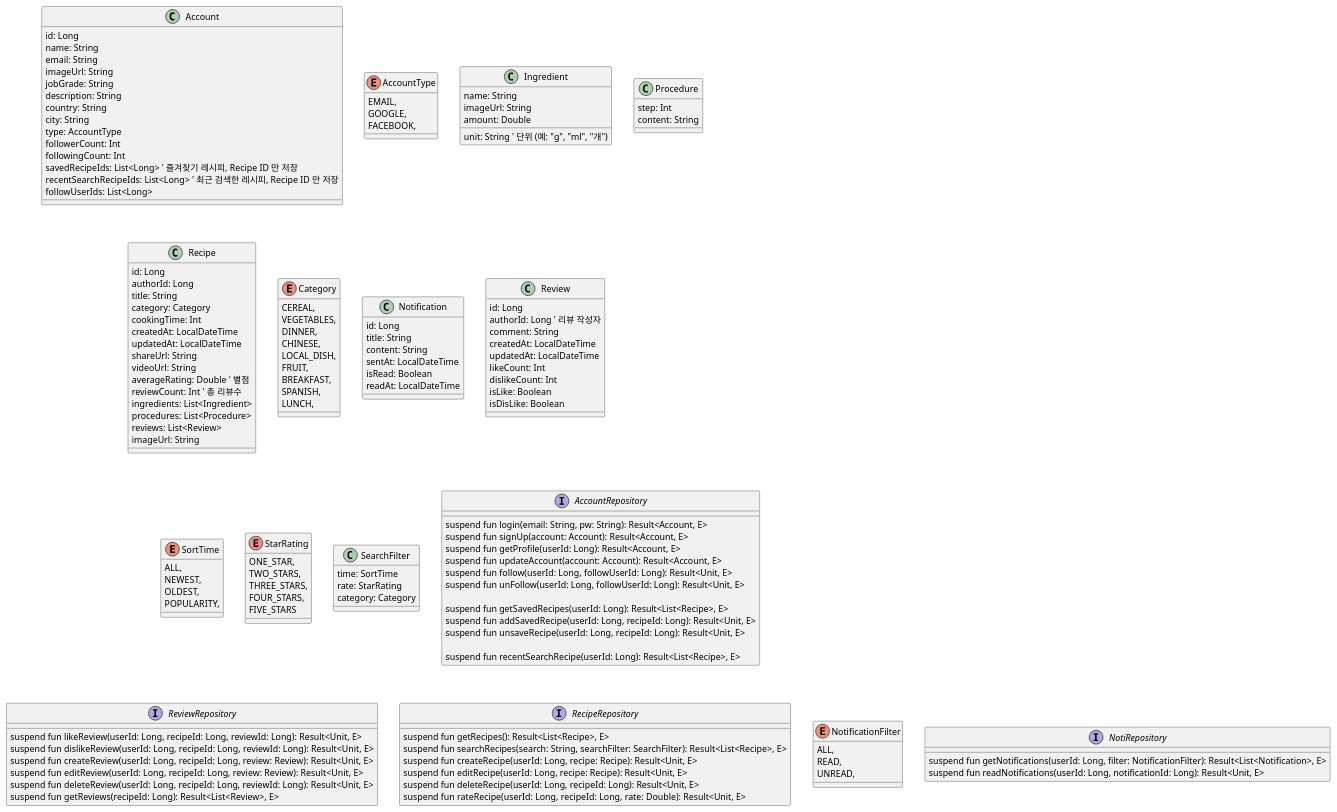
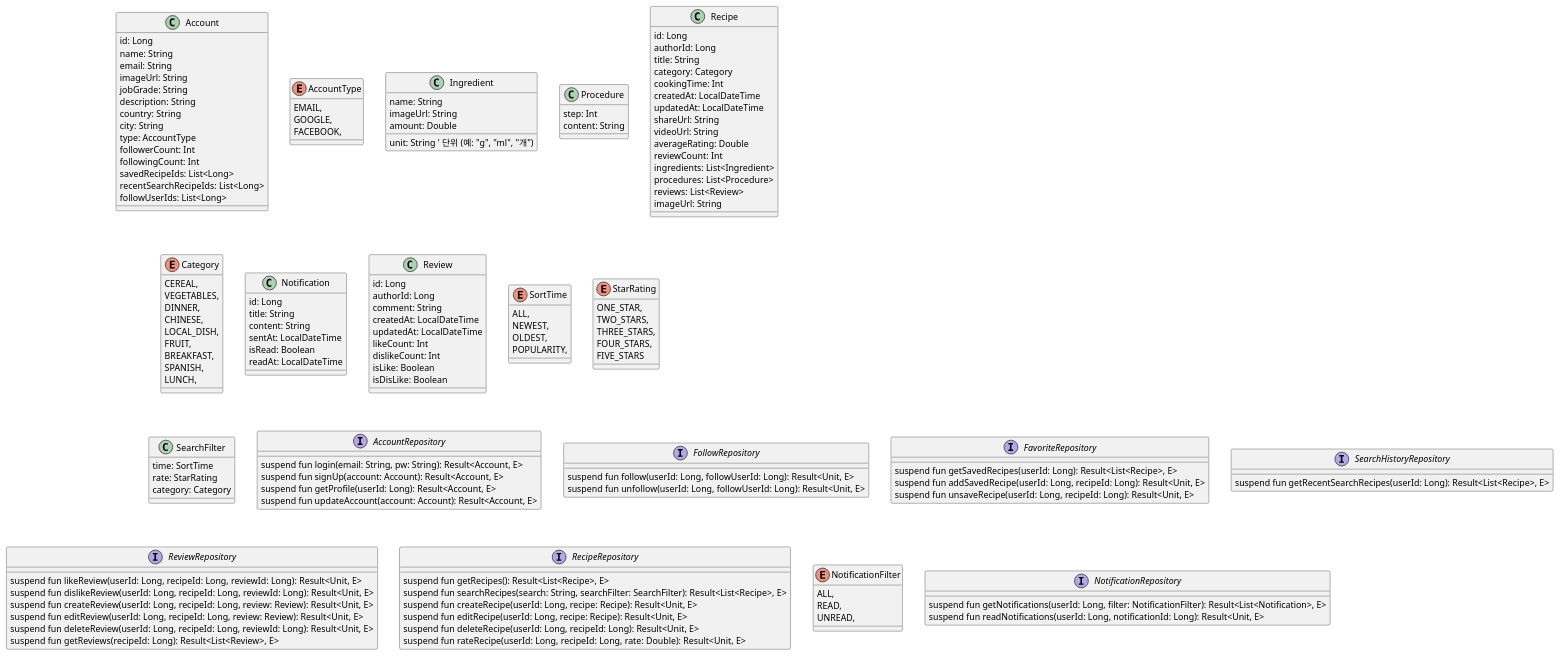
Before and after one commit to SurvivalCodingCampus/gangnam2_kotlin_study: the diagram in src/main/kotlin/com/ezlevup/my/foodrecipe/FoodRecipe1.puml, drawn with PlantUML.

Commit message:
feat: Repository를 기능별로 분리

```diff
--- a/src/main/kotlin/com/ezlevup/my/foodrecipe/FoodRecipe1.puml
+++ b/src/main/kotlin/com/ezlevup/my/foodrecipe/FoodRecipe1.puml
@@ -1,164 +1,183 @@
 @startuml
 ' Food Recipe class-diagram
 
 class Account {
     id: Long
     name: String
     email: String
     imageUrl: String
     jobGrade: String
     description: String
     country: String
     city: String
     type: AccountType
     followerCount: Int
     followingCount: Int
-    savedRecipeIds: List<Long> ' 즐겨찾기 레시피, Recipe ID 만 저장
-    recentSearchRecipeIds: List<Long> ' 최근 검색한 레시피, Recipe ID 만 저장
+    ' 즐겨찾기 레시피, Recipe ID 만 저장
+    savedRecipeIds: List<Long>
+    ' 최근 검색한 레시피, Recipe ID 만 저장
+    recentSearchRecipeIds: List<Long>
     followUserIds: List<Long>
 }
 
 enum AccountType {
     EMAIL,
     GOOGLE,
     FACEBOOK,
 }
 
 ' 재료
 class Ingredient {
     name: String
     imageUrl: String
     amount: Double
     unit: String ' 단위 (예: "g", "ml", "개")
 }
 
 ' 조리 순서
 class Procedure {
     step: Int
     content: String
 }
 
+' 레시피
 class Recipe {
     id: Long
     authorId: Long
     title: String
     category: Category
     cookingTime: Int
     createdAt: LocalDateTime
     updatedAt: LocalDateTime
     shareUrl: String
     videoUrl: String
-    averageRating: Double ' 별점
-    reviewCount: Int ' 총 리뷰수
+    ' 별점
+    averageRating: Double
+    ' 총 리뷰수
+    reviewCount: Int
     ingredients: List<Ingredient>
     procedures: List<Procedure>
     reviews: List<Review>
     imageUrl: String
 }
 
 enum Category {
     CEREAL,
     VEGETABLES,
     DINNER,
     CHINESE,
     LOCAL_DISH,
     FRUIT,
     BREAKFAST,
     SPANISH,
     LUNCH,
 }
 
 
 class Notification {
     id: Long
     title: String
     content: String
     sentAt: LocalDateTime
     isRead: Boolean
     readAt: LocalDateTime
 }
 
 class Review {
     id: Long
-    authorId: Long ' 리뷰 작성자
+    ' 리뷰 작성자
+    authorId: Long
     comment: String
     createdAt: LocalDateTime
     updatedAt: LocalDateTime
     likeCount: Int
     dislikeCount: Int
     isLike: Boolean
     isDisLike: Boolean
 }
 
 enum SortTime {
     ALL,
     NEWEST,
     OLDEST,
     POPULARITY,
 }
 
 enum StarRating {
     ONE_STAR,
     TWO_STARS,
     THREE_STARS,
     FOUR_STARS,
     FIVE_STARS
 }
 
 class SearchFilter {
     time: SortTime
     rate: StarRating
     category: Category
 }
 
+' 계정 관리
 interface AccountRepository {
     suspend fun login(email: String, pw: String): Result<Account, E>
     suspend fun signUp(account: Account): Result<Account, E>
     suspend fun getProfile(userId: Long): Result<Account, E>
     suspend fun updateAccount(account: Account): Result<Account, E>
+}
+
+' 팔로우 관리
+interface FollowRepository {
     suspend fun follow(userId: Long, followUserId: Long): Result<Unit, E>
-    suspend fun unFollow(userId: Long, followUserId: Long): Result<Unit, E>
+    suspend fun unfollow(userId: Long, followUserId: Long): Result<Unit, E>
+}
 
-    ' 즐겨 찾기한 레시피
+' 즐겨찾기 관리
+interface FavoriteRepository {
     suspend fun getSavedRecipes(userId: Long): Result<List<Recipe>, E>
     suspend fun addSavedRecipe(userId: Long, recipeId: Long): Result<Unit, E>
     suspend fun unsaveRecipe(userId: Long, recipeId: Long): Result<Unit, E>
-
-    ' 최근 검색 레시피
-    suspend fun recentSearchRecipe(userId: Long): Result<List<Recipe>, E>
 }
 
+' 검색 기록 관리
+interface SearchHistoryRepository {
+    ' 최근 검색 레시피
+    suspend fun getRecentSearchRecipes(userId: Long): Result<List<Recipe>, E>
+}
+
+' 리뷰 관리
 interface ReviewRepository {
     suspend fun likeReview(userId: Long, recipeId: Long, reviewId: Long): Result<Unit, E>
     suspend fun dislikeReview(userId: Long, recipeId: Long, reviewId: Long): Result<Unit, E>
     suspend fun createReview(userId: Long, recipeId: Long, review: Review): Result<Unit, E>
     suspend fun editReview(userId: Long, recipeId: Long, review: Review): Result<Unit, E>
     suspend fun deleteReview(userId: Long, recipeId: Long, reviewId: Long): Result<Unit, E>
     suspend fun getReviews(recipeId: Long): Result<List<Review>, E>
 }
 
+' 레시피 관리
 interface RecipeRepository {
     suspend fun getRecipes(): Result<List<Recipe>, E>
     suspend fun searchRecipes(search: String, searchFilter: SearchFilter): Result<List<Recipe>, E>
     suspend fun createRecipe(userId: Long, recipe: Recipe): Result<Unit, E>
     suspend fun editRecipe(userId: Long, recipe: Recipe): Result<Unit, E>
     suspend fun deleteRecipe(userId: Long, recipeId: Long): Result<Unit, E>
     suspend fun rateRecipe(userId: Long, recipeId: Long, rate: Double): Result<Unit, E>
 }
 
 enum NotificationFilter {
     ALL,
     READ,
     UNREAD,
 }
 
-interface NotiRepository {
+' 알림 관리
+interface NotificationRepository  {
     suspend fun getNotifications(userId: Long, filter: NotificationFilter): Result<List<Notification>, E>
     suspend fun readNotifications(userId: Long, notificationId: Long): Result<Unit, E>
 }
 
 
 ' 관계 정의
 
 
 @enduml
```
